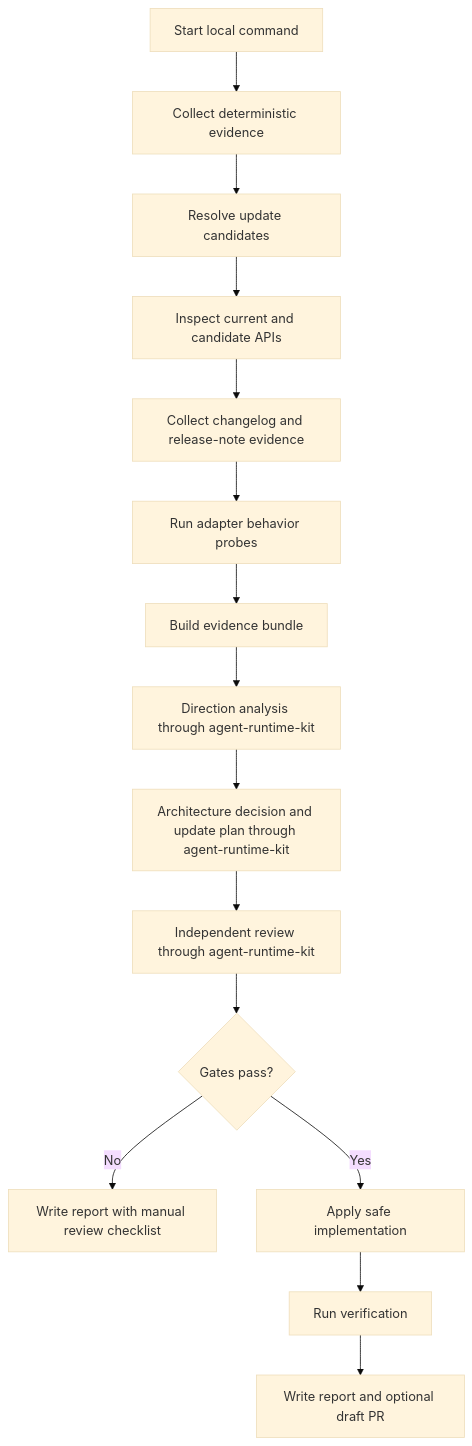
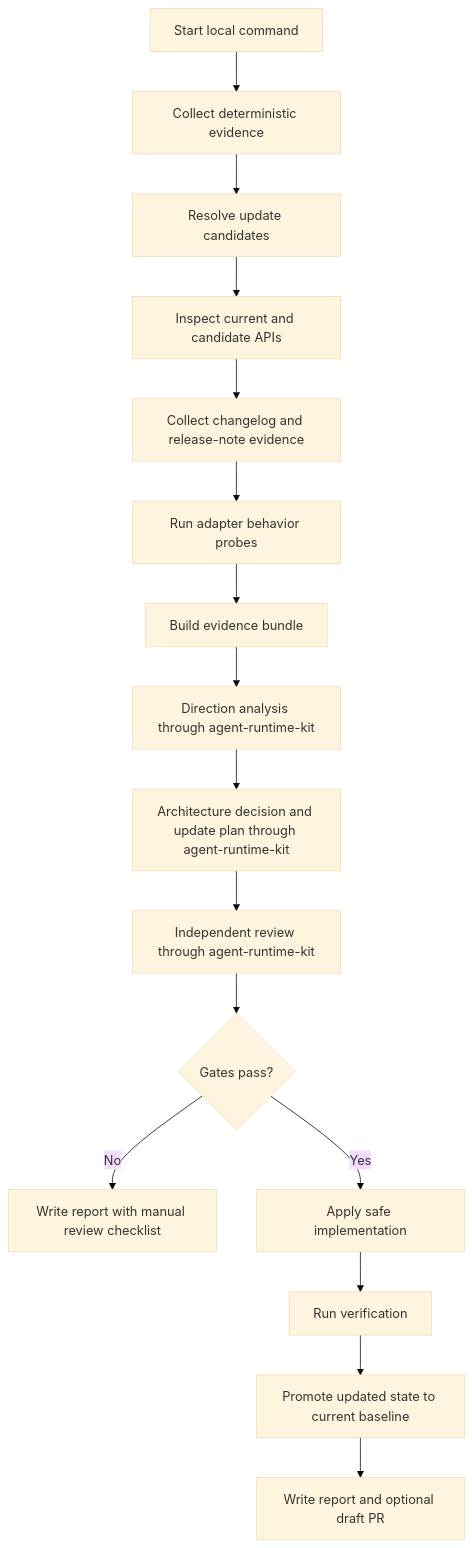
Before and after one commit to ebarti/agent-runtime-kit: the first of 4 diagrams in docs/sdk-evolution-agent-design.md, drawn with Mermaid (base theme). The commit also changed other lines of this file, not shown here.

Commit message:
Document current state baseline promotion

````diff
--- a/docs/sdk-evolution-agent-design.md
+++ b/docs/sdk-evolution-agent-design.md
@@ -50,17 +50,18 @@
 ```mermaid
 flowchart TD
     A["Start local command"] --> B["Collect deterministic evidence"]
     B --> C["Resolve update candidates"]
     C --> D["Inspect current and candidate APIs"]
     D --> E["Collect changelog and release-note evidence"]
     E --> F["Run adapter behavior probes"]
     F --> G["Build evidence bundle"]
     G --> H["Direction analysis through agent-runtime-kit"]
     H --> I["Architecture decision and update plan through agent-runtime-kit"]
     I --> J["Independent review through agent-runtime-kit"]
     J --> K{"Gates pass?"}
     K -- "No" --> L["Write report with manual review checklist"]
     K -- "Yes" --> M["Apply safe implementation"]
     M --> N["Run verification"]
-    N --> O["Write report and optional draft PR"]
+    N --> O["Promote updated state to current baseline"]
+    O --> P["Write report and optional draft PR"]
 ```
````
